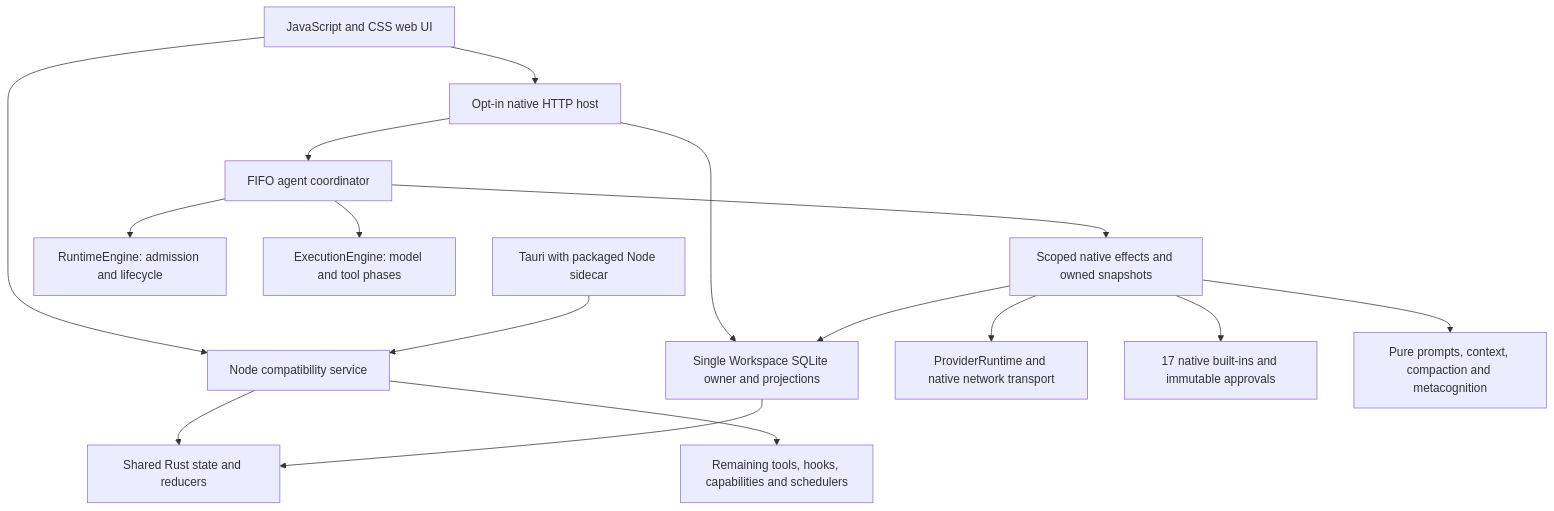
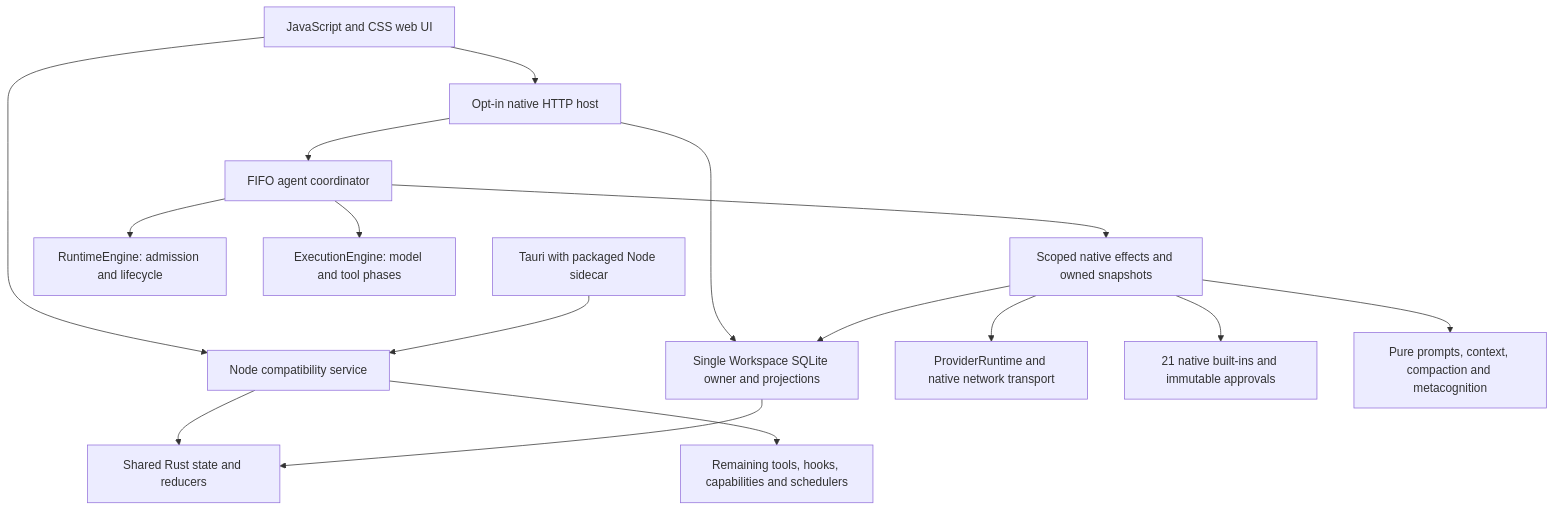
One commit to coco4atJP/Tepora-alpha changed the diagram in Tepora-v3/docs/ARCHITECTURE.md. Above: the diagram before and after it, drawn with Mermaid. The commit also changed other lines of this file and 40 other files, not shown here.

````diff
--- a/Tepora-v3/docs/ARCHITECTURE.md
+++ b/Tepora-v3/docs/ARCHITECTURE.md
@@ -7,18 +7,18 @@
 ```mermaid
 flowchart TD
     UI[JavaScript and CSS web UI] --> Node[Node compatibility service]
     UI --> Native[Opt-in native HTTP host]
     Desktop[Tauri with packaged Node sidecar] --> Node
     Node --> Core[Shared Rust state and reducers]
     Native --> Workspace[Single Workspace SQLite owner and projections]
     Workspace --> Core
     Native --> Actor[FIFO agent coordinator]
     Actor --> Runtime[RuntimeEngine: admission and lifecycle]
     Actor --> Execution[ExecutionEngine: model and tool phases]
     Actor --> Host[Scoped native effects and owned snapshots]
     Host --> Provider[ProviderRuntime and native network transport]
-    Host --> Tools[17 native built-ins and immutable approvals]
+    Host --> Tools[21 native built-ins and immutable approvals]
     Host --> Harness[Pure prompts, context, compaction and metacognition]
     Host --> Workspace
     Node --> Compatibility[Remaining tools, hooks, capabilities and schedulers]
 ```
````
